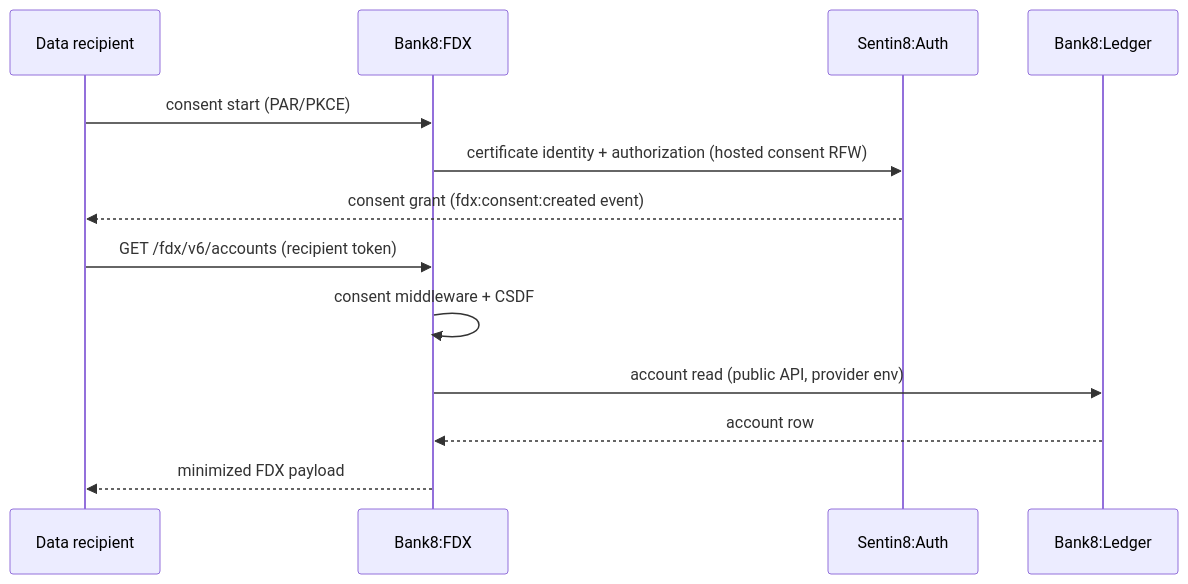
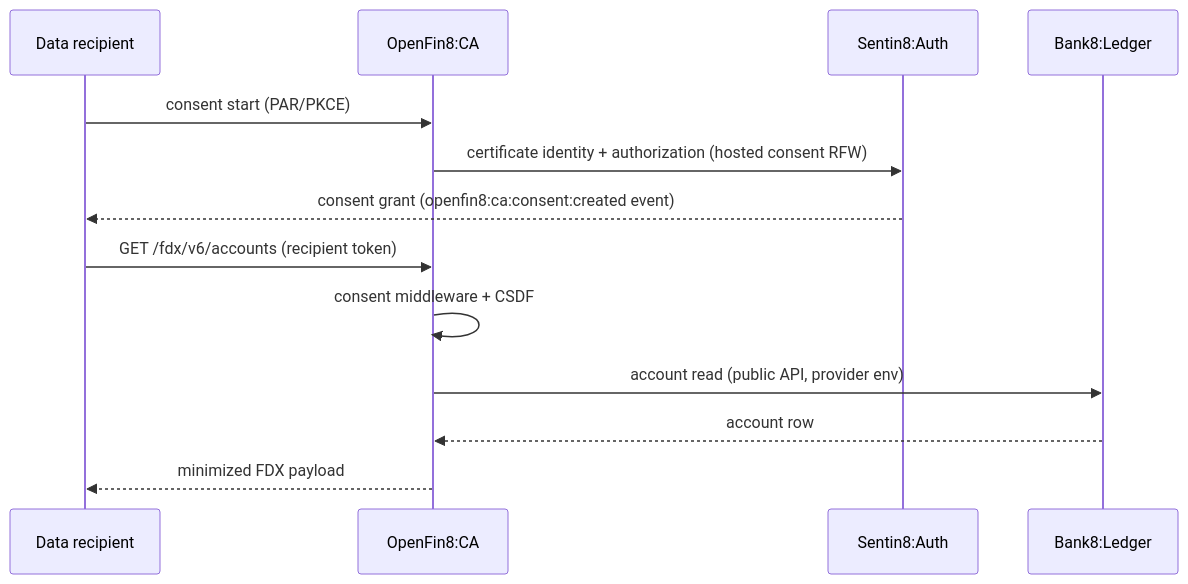
One commit to Bank8-dev/bank8 changed the fourth of 8 diagrams in DESIGN.md. Above: the diagram before and after it, drawn with Mermaid. The commit also changed other lines of this file and 5 other files, not shown here.

First line of the commit message:
OBVERT-2: bank8 releases the open services to the OpenFin8 vertical

````diff
--- a/DESIGN.md
+++ b/DESIGN.md
@@ -104,15 +104,15 @@
 ```mermaid
 sequenceDiagram
     participant R as Data recipient
-    participant F as Bank8:FDX
+    participant F as OpenFin8:CA
     participant A as Sentin8:Auth
     participant L as Bank8:Ledger
     R->>F: consent start (PAR/PKCE)
     F->>A: certificate identity + authorization (hosted consent RFW)
-    A-->>R: consent grant (fdx:consent:created event)
+    A-->>R: consent grant (openfin8:ca:consent:created event)
     R->>F: GET /fdx/v6/accounts (recipient token)
     F->>F: consent middleware + CSDF
     F->>L: account read (public API, provider env)
     L-->>F: account row
     F-->>R: minimized FDX payload
 ```
````
